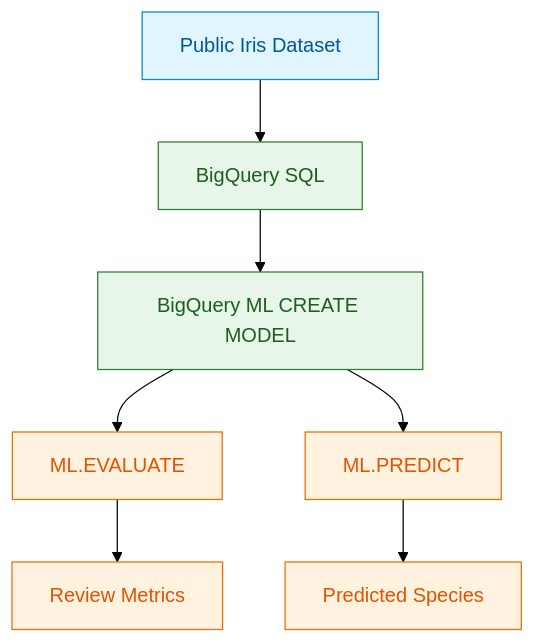
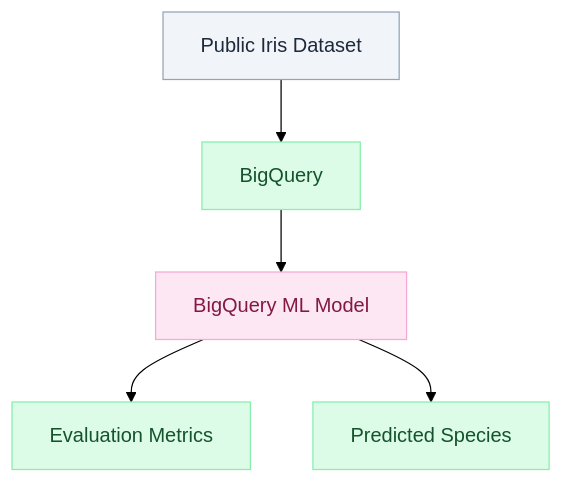
The diagram in docs/cloud/gcp/mlops/01-low-code-ai/bigquery-ml-classification/index.md (devopspilot1/devopspilot1.github.io), drawn with Mermaid (forest theme) before and after one commit.

Commit message:
Align PMLE lab diagram with documentation standards

````diff
--- a/docs/cloud/gcp/mlops/01-low-code-ai/bigquery-ml-classification/index.md
+++ b/docs/cloud/gcp/mlops/01-low-code-ai/bigquery-ml-classification/index.md
@@ -44,15 +44,20 @@
 ```mermaid
 graph TD
-    A["Public Iris Dataset"] --> B["BigQuery SQL"]
-    B --> C["BigQuery ML CREATE MODEL"]
-    C --> D["ML.EVALUATE"]
-    C --> E["ML.PREDICT"]
-    D --> F["Review Metrics"]
-    E --> G["Predicted Species"]
-    classDef data fill:#e1f5fe,stroke:#0288d1,color:#01579b
-    classDef process fill:#e8f5e9,stroke:#2e7d32,color:#1b5e20
-    classDef output fill:#fff3e0,stroke:#ef6c00,color:#e65100
-    class A data
-    class B,C process
-    class D,E,F,G output
+    A["Public Iris Dataset"] --> B["BigQuery"]
+    B --> C["BigQuery ML Model"]
+    C --> D["Evaluation Metrics"]
+    C --> E["Predicted Species"]
+
+    classDef client   fill:#dbeafe,stroke:#93c5fd,color:#1e3a5f
+    classDef gateway  fill:#ede9fe,stroke:#a78bfa,color:#3b1f6e
+    classDef route    fill:#fef9c3,stroke:#fbbf24,color:#78350f
+    classDef service  fill:#dcfce7,stroke:#86efac,color:#14532d
+    classDef pods     fill:#ffedd5,stroke:#fdba74,color:#7c2d12
+    classDef storage  fill:#fce7f3,stroke:#f9a8d4,color:#831843
+    classDef external fill:#f1f5f9,stroke:#94a3b8,color:#1e293b
+
+    class A external
+    class B service
+    class C storage
+    class D,E service
 ```
````
